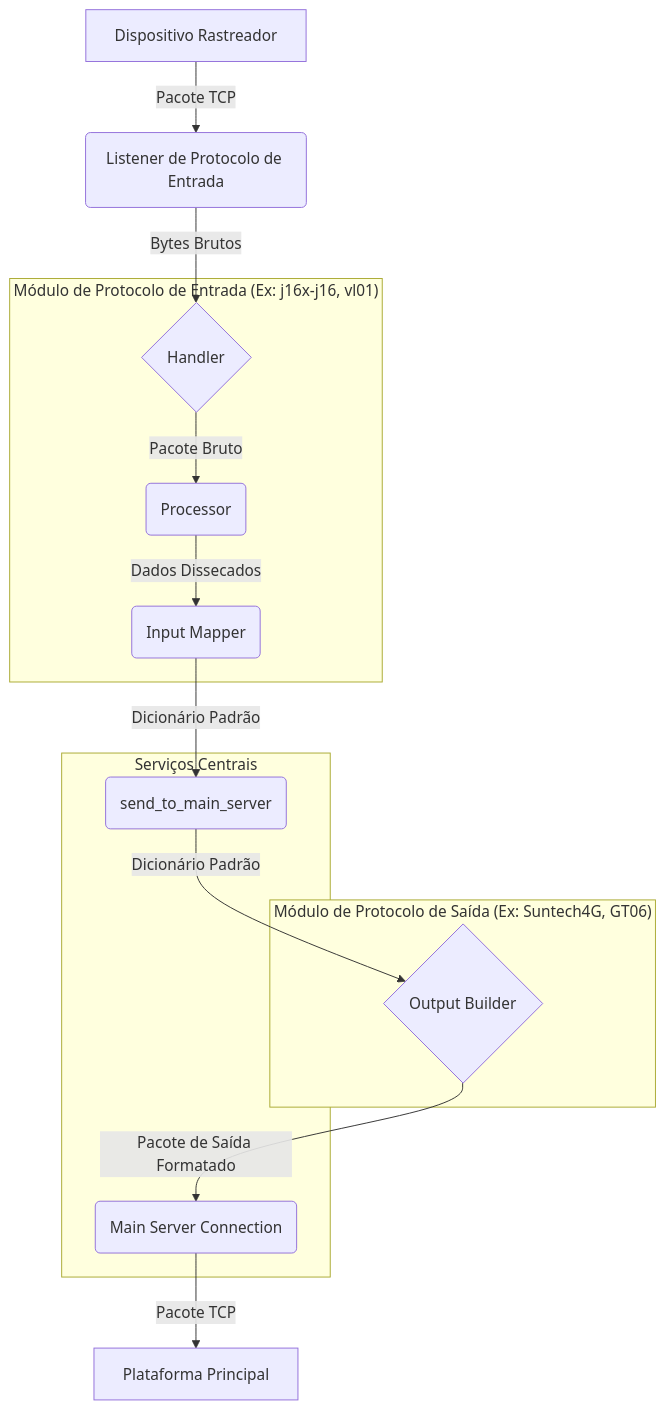
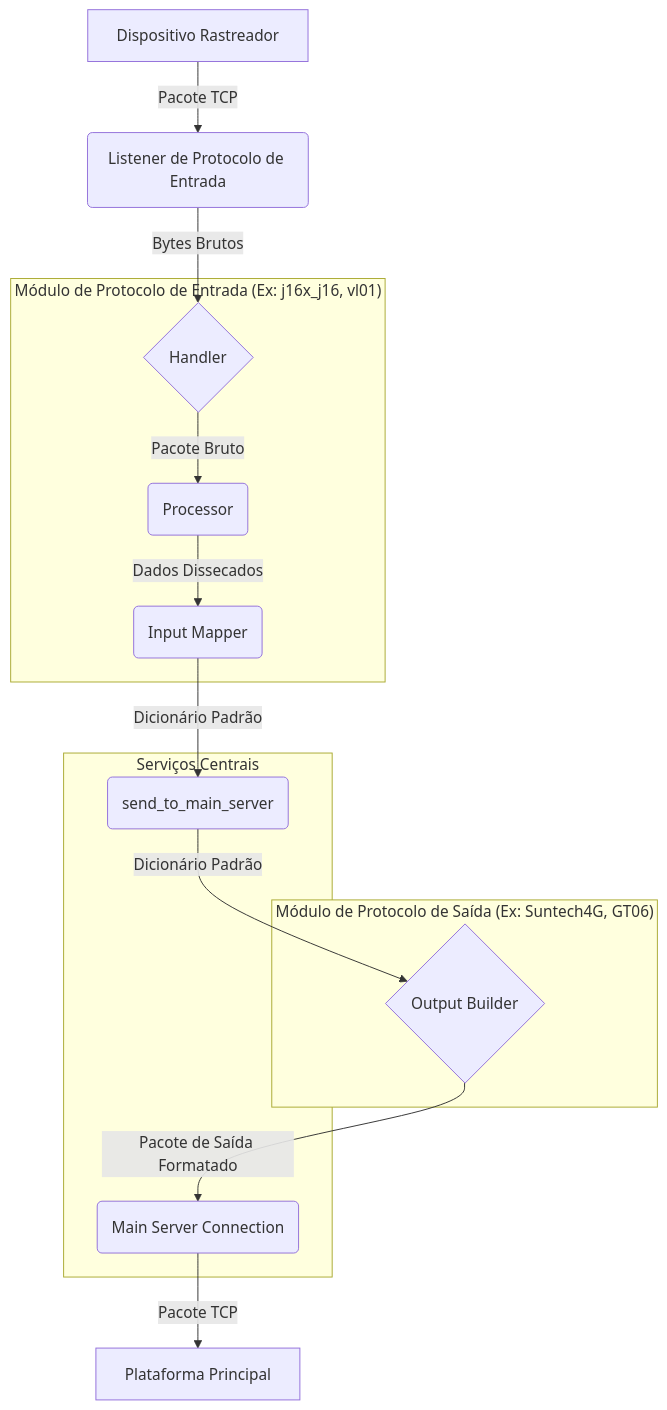
Before and after one commit to ju-sants/communication-protocol-translator: the first of 2 diagrams in README.md, drawn with Mermaid. The commit also changed other lines of this file and 8 other files, not shown here.

````diff
--- a/README.md
+++ b/README.md
@@ -49,26 +49,26 @@
 ```mermaid
 graph TD
     A[Dispositivo Rastreador] -- Pacote TCP --> B(Listener de Protocolo de Entrada);
     B -- Bytes Brutos --> C{Handler};
     C -- Pacote Bruto --> D(Processor);
     D -- Dados Dissecados --> E(Input Mapper);
     E -- Dicionário Padrão --> F(send_to_main_server);
     F -- Dicionário Padrão --> G{Output Builder};
     G -- Pacote de Saída Formatado --> H(Main Server Connection);
     H -- Pacote TCP --> I[Plataforma Principal];
 
-    subgraph "Módulo de Protocolo de Entrada (Ex: j16x-j16, vl01)"
+    subgraph "Módulo de Protocolo de Entrada (Ex: j16x_j16, vl01)"
         C
         D
         E
     end
 
     subgraph "Módulo de Protocolo de Saída (Ex: Suntech4G, GT06)"
         G
     end
 
     subgraph "Serviços Centrais"
         F
         H
     end
 ```
````
